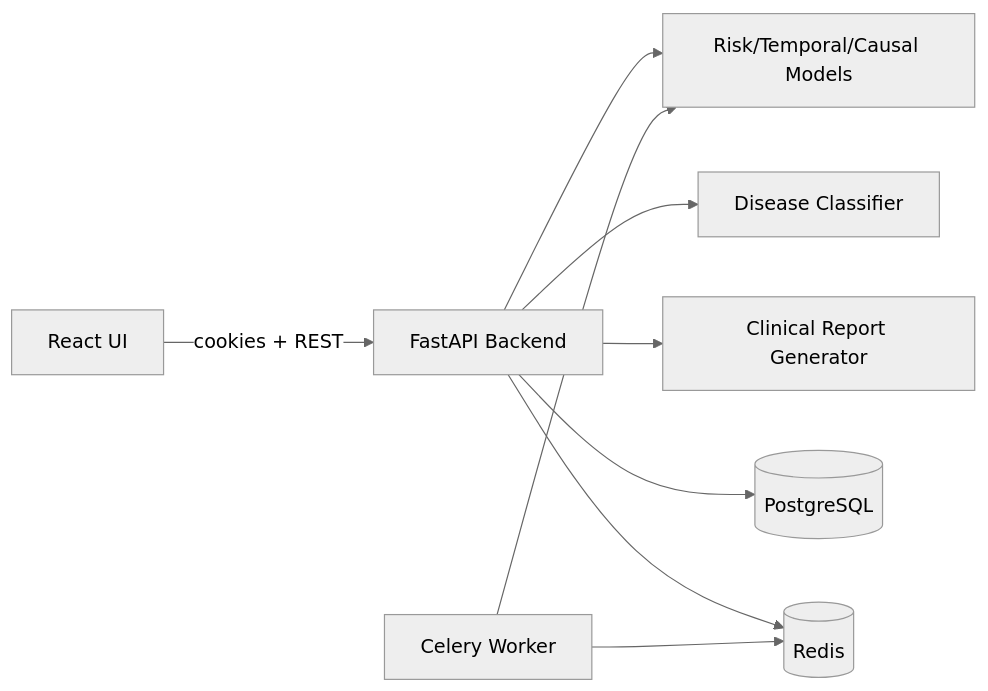
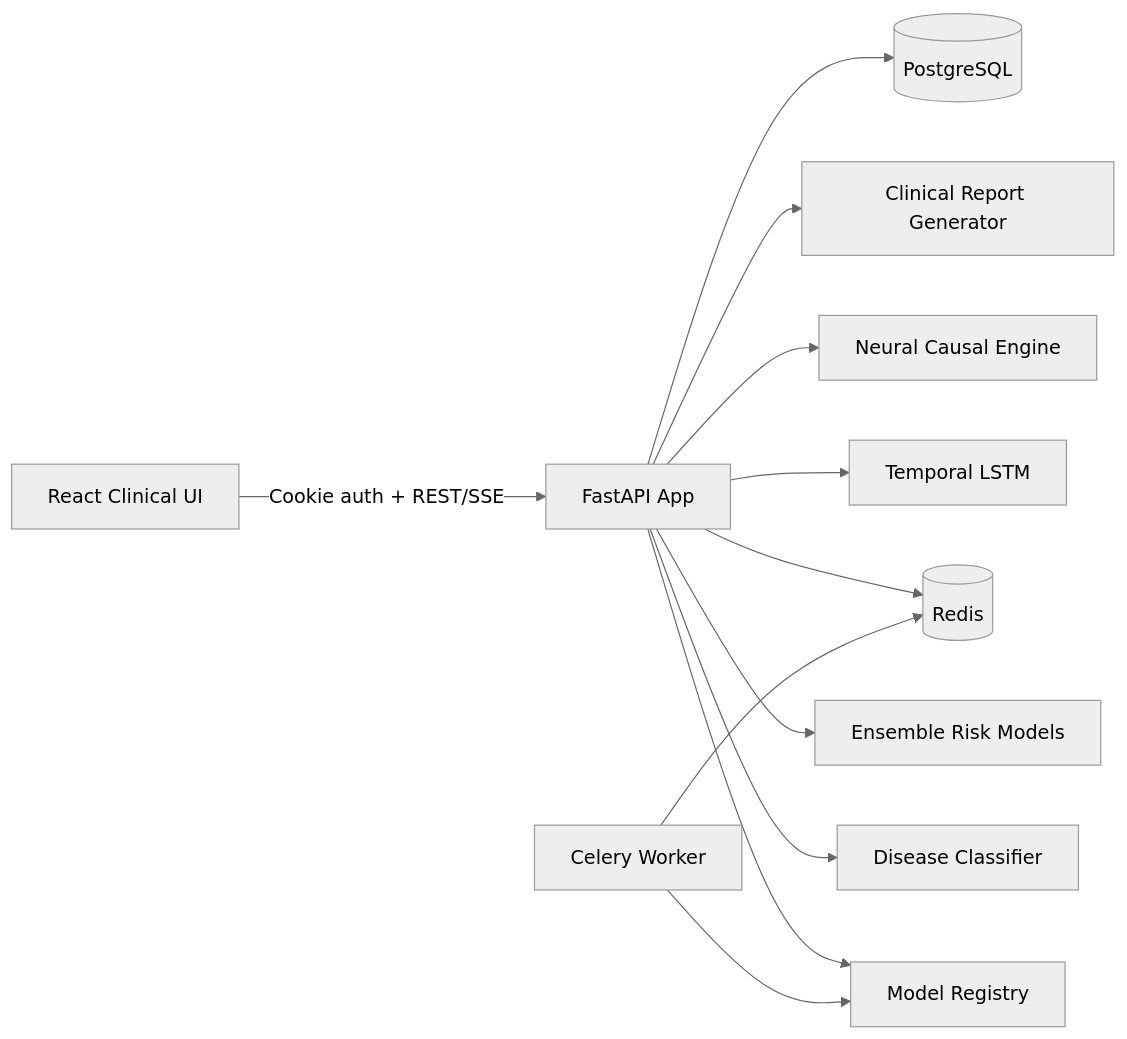
The first of 2 diagrams in README.md (DisturbedSage5840C/NeuroSynth), drawn with Mermaid (neutral theme) before and after one commit. The commit also changed other lines of this file, not shown here.

Commit message:
docs: expand README with architecture, setup, and verification playbooks

````diff
--- a/README.md
+++ b/README.md
@@ -25,11 +24,14 @@
 ```mermaid
 flowchart LR
-    A[React UI] -->|cookies + REST| B[FastAPI Backend]
-    B --> C[Risk/Temporal/Causal Models]
-    B --> D[Disease Classifier]
-    B --> E[Clinical Report Generator]
-    B --> F[(PostgreSQL)]
-    B --> G[(Redis)]
-    H[Celery Worker] --> G
-    H --> C
+        UI[React Clinical UI] -->|Cookie auth + REST/SSE| API[FastAPI App]
+        API --> REG[Model Registry]
+        API --> CLS[Disease Classifier]
+        API --> ENS[Ensemble Risk Models]
+        API --> LSTM[Temporal LSTM]
+        API --> CAUSAL[Neural Causal Engine]
+        API --> REP[Clinical Report Generator]
+        API --> PG[(PostgreSQL)]
+        API --> REDIS[(Redis)]
+        WORKER[Celery Worker] --> REDIS
+        WORKER --> REG
 ```
````
